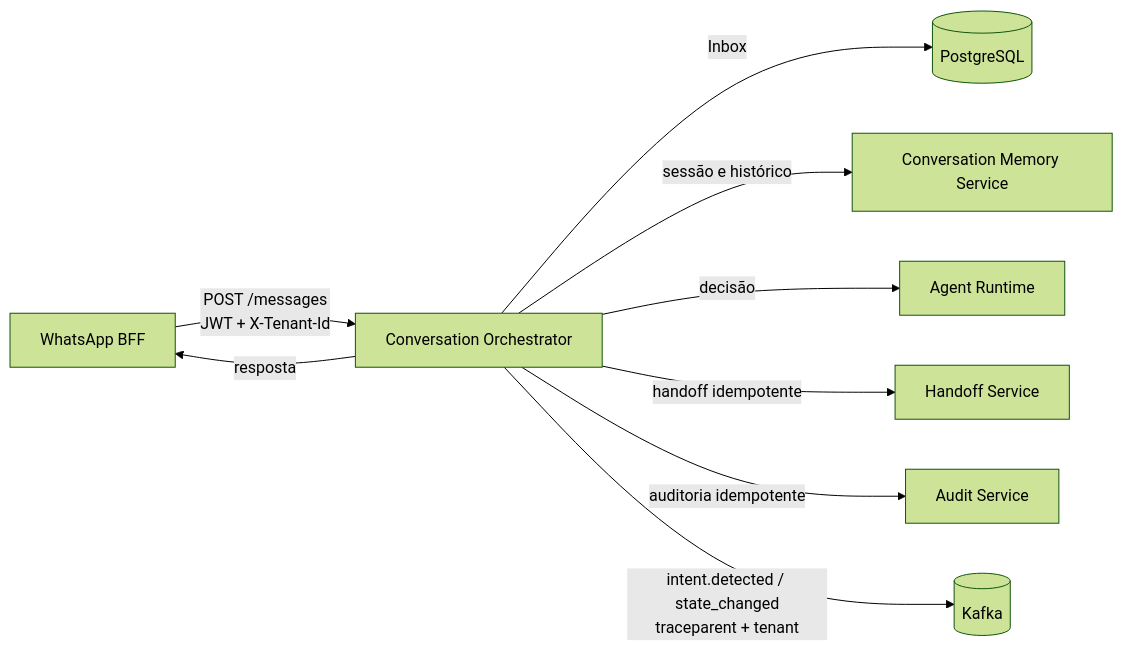
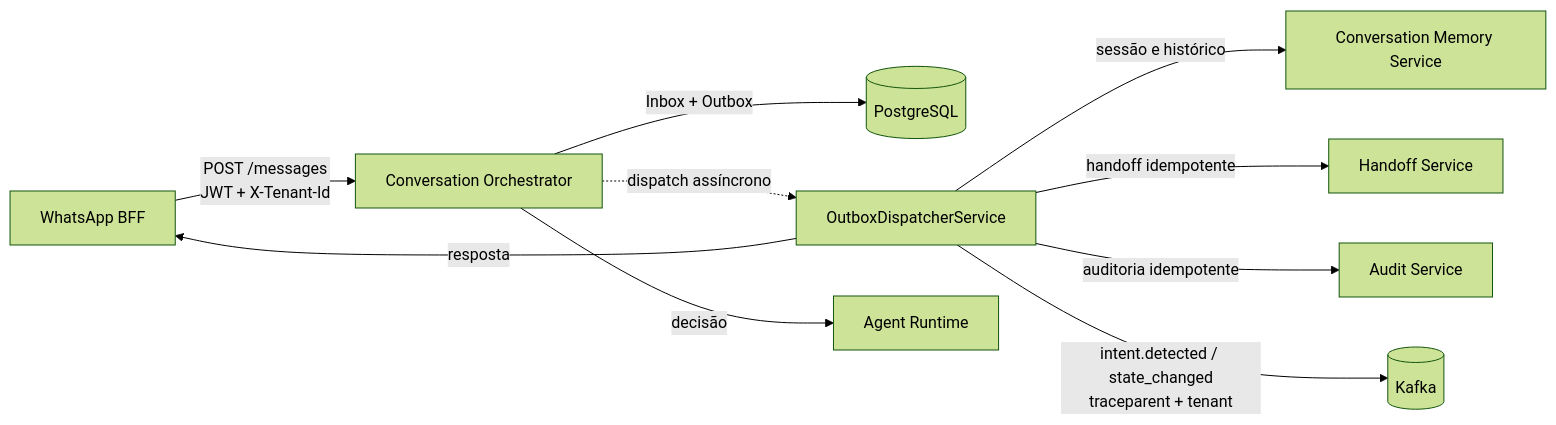
Before and after one commit to leandrosflora/conversation-orchestrator: the diagram in README.md, drawn with Mermaid (forest theme). The commit also changed other lines of this file, not shown here.

First line of the commit message:
Update README: document the transactional outbox and its dead-letter path

````diff
--- a/README.md
+++ b/README.md
@@ -7,11 +7,12 @@
 ```mermaid
 flowchart LR
     BFF[WhatsApp BFF] -->|POST /messages\nJWT + X-Tenant-Id| ORCH[Conversation Orchestrator]
-    ORCH -->|Inbox| PG[(PostgreSQL)]
-    ORCH -->|sessão e histórico| MEM[Conversation Memory Service]
+    ORCH -->|Inbox + Outbox| PG[(PostgreSQL)]
+    ORCH -.->|dispatch assíncrono| DISP[OutboxDispatcherService]
+    DISP -->|sessão e histórico| MEM[Conversation Memory Service]
     ORCH -->|decisão| AGENT[Agent Runtime]
-    ORCH -->|resposta| BFF
-    ORCH -->|handoff idempotente| HANDOFF[Handoff Service]
-    ORCH -->|auditoria idempotente| AUDIT[Audit Service]
-    ORCH -->|intent.detected / state_changed\ntraceparent + tenant| KAFKA[(Kafka)]
+    DISP -->|resposta| BFF
+    DISP -->|handoff idempotente| HANDOFF[Handoff Service]
+    DISP -->|auditoria idempotente| AUDIT[Audit Service]
+    DISP -->|intent.detected / state_changed\ntraceparent + tenant| KAFKA[(Kafka)]
 ```
````
